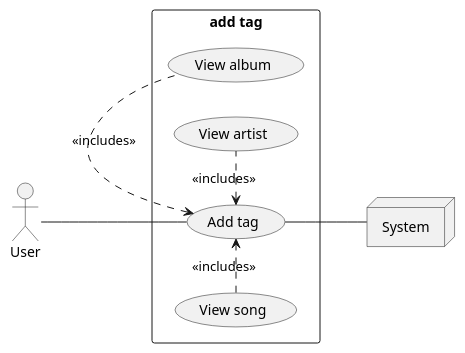
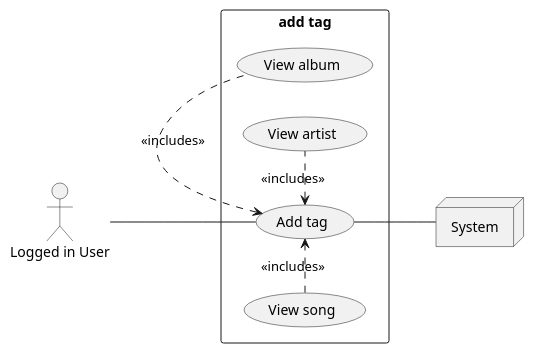
The diagram in Documentation/swad/use_cases/add_tag.wsd (Mashnak/DCAppProject), drawn with PlantUML before and after one commit. The commit also changed 12 other files, not shown here.

Commit message:
- Fixed the add tag diagram. - Added the use case diagrams for add favorites and friends - Added use case diagrams for login, register and view favorites

```diff
--- a/Documentation/swad/use_cases/add_tag.wsd
+++ b/Documentation/swad/use_cases/add_tag.wsd
@@ -1,23 +1,23 @@
 @startuml uc_add_tag
 
-actor User
+actor "Logged in User" as User
 
 left to right direction
 
 rectangle "add tag"{
   usecase "Add tag" as add_tag
 
   usecase "View song" as song
   usecase "View album" as album
   usecase "View artist" as artist
 
   add_tag <.left. song: <<includes>>
   add_tag <.right. album: <<includes>>
   add_tag <. artist: <<includes>>
 }
 User -down- add_tag
 
 node System
 add_tag -down- System
 
 @enduml
```
